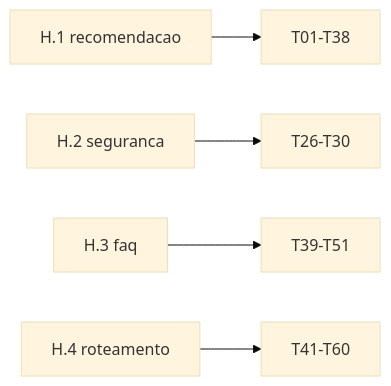
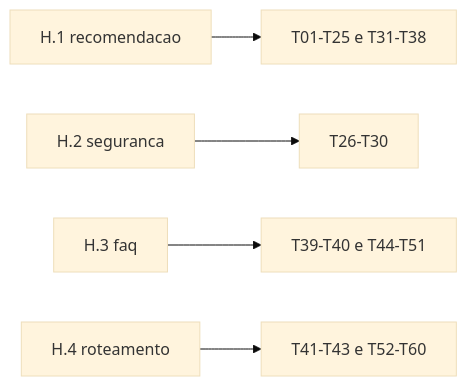
The ninth of 9 diagrams in recfair/docs/architecture.md (andluizsouza/unicamp-llm-agents), drawn with Mermaid (base theme) before and after one commit. The commit also changed other lines of this file and 7 other files, not shown here.

````diff
--- a/recfair/docs/architecture.md
+++ b/recfair/docs/architecture.md
@@ -229,7 +279,7 @@
 ```mermaid
 flowchart LR
-    H1[H.1 recomendacao] --> T01_T38[T01-T38]
-    H2[H.2 seguranca] --> T26_T30[T26-T30]
-    H3[H.3 faq] --> T39_T51[T39-T51]
-    H4[H.4 roteamento] --> T41_T60[T41-T60]
+    H1[H.1 recomendacao] --> R[T01-T25 e T31-T38]
+    H2[H.2 seguranca] --> S[T26-T30]
+    H3[H.3 faq] --> F[T39-T40 e T44-T51]
+    H4[H.4 roteamento] --> T[T41-T43 e T52-T60]
 ```
````
